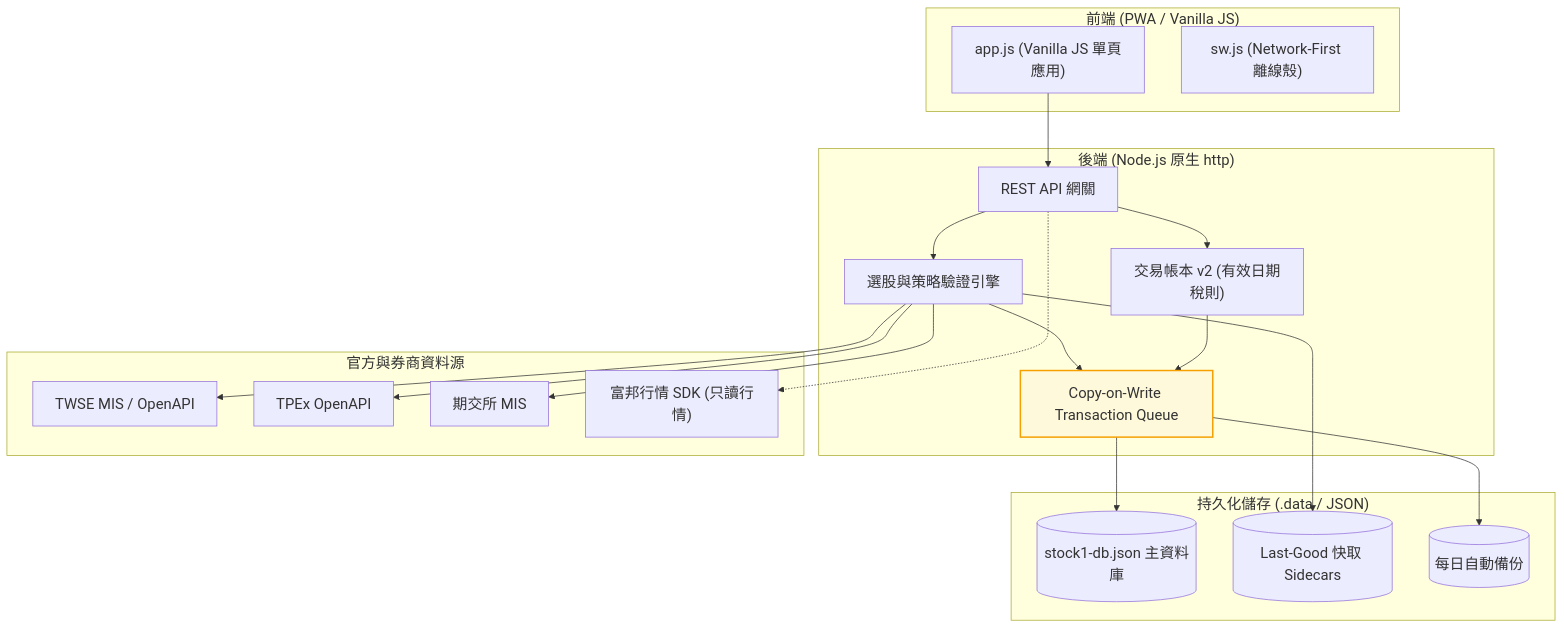
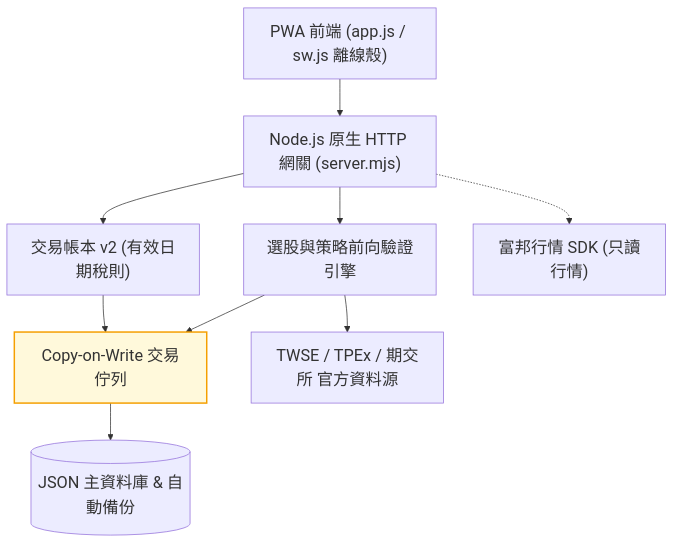
Before and after one commit to kuotunyu/stock-cockpit: the diagram in README.md, drawn with Mermaid. The commit also changed other lines of this file, not shown here.

Commit message:
docs: move screenshots to top, enlarge Mermaid architecture font size, and add structured API specs

````diff
--- a/README.md
+++ b/README.md
@@ -30,37 +48,13 @@
 ```mermaid
-%%{init: {'themeVariables': {'fontSize': '20px'}}}%%
+%%{init: {'themeVariables': {'fontSize': '22px'}}}%%
 flowchart TD
-    subgraph Client ["前端 (PWA / Vanilla JS)"]
-        UI["app.js (Vanilla JS 單頁應用)"]
-        SW["sw.js (Network-First 離線殼)"]
-    end
-
-    subgraph Server ["後端 (Node.js 原生 http)"]
-        API["REST API 網關"]
-        ENG["選股與策略驗證引擎"]
-        LEDGER["交易帳本 v2 (有效日期稅則)"]
-        Q["Copy-on-Write Transaction Queue"]
-    end
-
-    subgraph Store ["持久化儲存 (.data / JSON)"]
-        DB[("stock1-db.json 主資料庫")]
-        SIDE[("Last-Good 快取 Sidecars")]
-        BK[("每日自動備份")]
-    end
-
-    subgraph Upstream ["官方與券商資料源"]
-        TWSE["TWSE MIS / OpenAPI"]
-        TPEX["TPEx OpenAPI"]
-        TAIFEX["期交所 MIS"]
-        FUBON["富邦行情 SDK (只讀行情)"]
-    end
-
-    UI --> API
-    API --> ENG & LEDGER
-    ENG & LEDGER --> Q
-    Q --> DB & BK
-    ENG --> SIDE & TWSE & TPEX & TAIFEX
-    API -.-> FUBON
+    UI["PWA 前端 (app.js / sw.js 離線殼)"] --> API["Node.js 原生 HTTP 網關 (server.mjs)"]
+    API --> ENG["選股與策略前向驗證引擎"]
+    API --> LEDGER["交易帳本 v2 (有效日期稅則)"]
+    ENG & LEDGER --> Q["Copy-on-Write 交易佇列"]
+    Q --> DB[("JSON 主資料庫 & 自動備份")]
+    ENG --> UP["TWSE / TPEx / 期交所 官方資料源"]
+    API -.-> FUBON["富邦行情 SDK (只讀行情)"]
 
     style Q fill:#fff9db,stroke:#f59f00,stroke-width:2px
 ```
````
